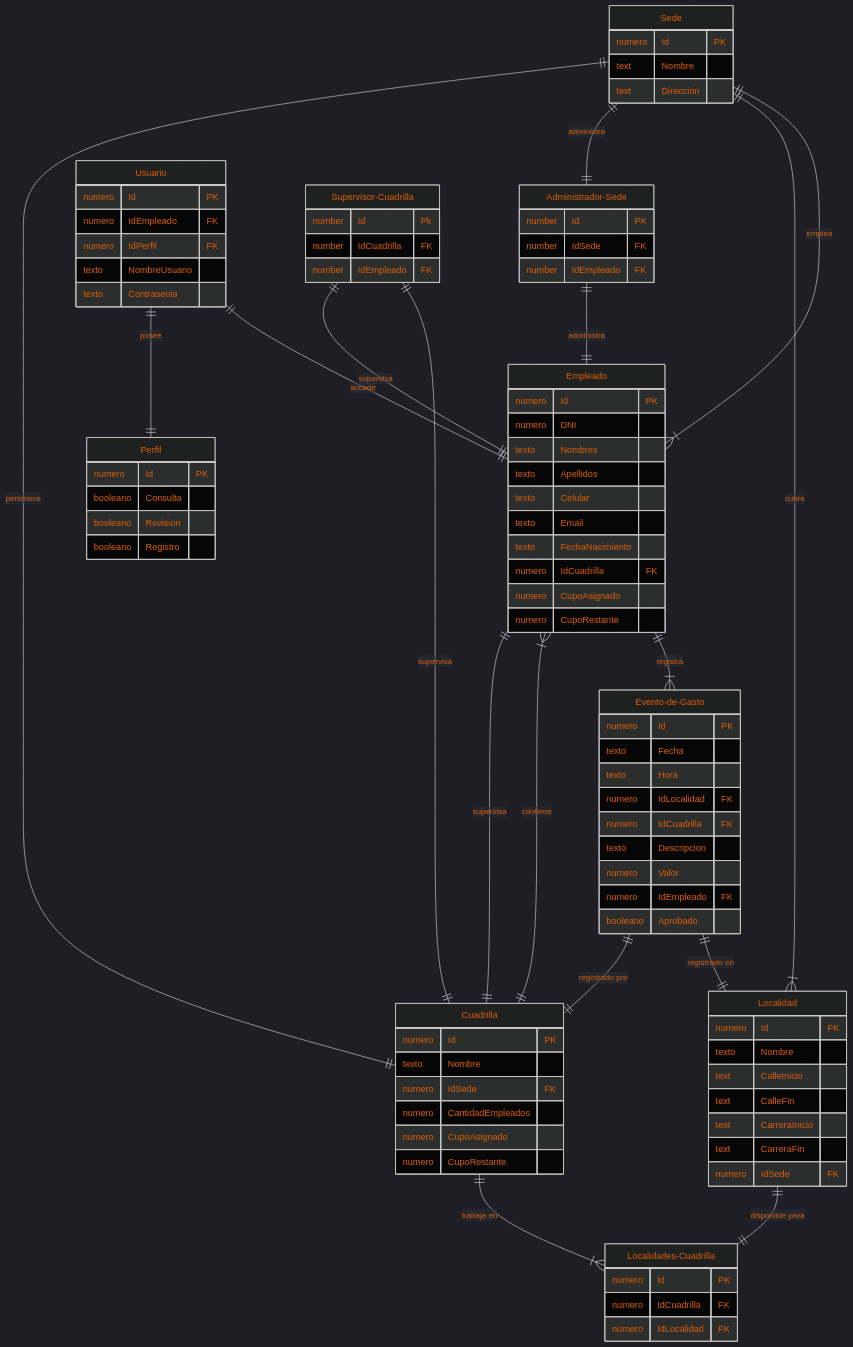
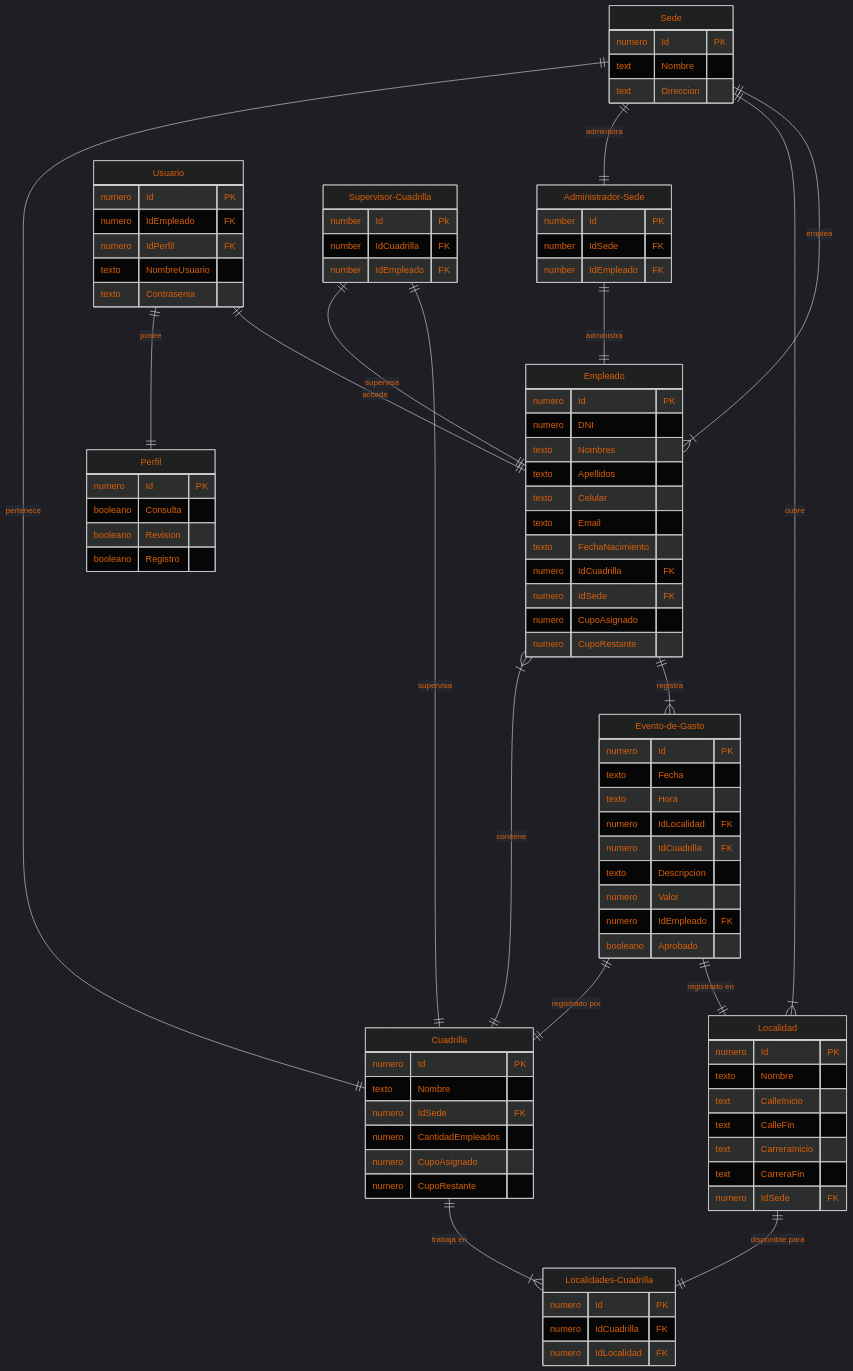
The third of 3 diagrams in README.md (sfelipehh/ProgramacionAplicada), drawn with Mermaid before and after one commit.

```diff
--- a/README.md
+++ b/README.md
@@ -106,7 +106,6 @@
     Cuadrilla ||--|| Sede : pertenece
     Cuadrilla ||--|{ Localidades-Cuadrilla : "trabaja en"
     Cuadrilla ||--|{ Empleado : contiene
-    Cuadrilla ||--|| Empleado : supervisa
     
     Empleado ||--|{ Evento-de-Gasto : registra  
     
@@ -191,6 +190,7 @@
         texto Email
         texto FechaNacimiento
         numero IdCuadrilla FK
+        numero IdSede FK
         numero CupoAsignado
         numero CupoRestante
     }
```
